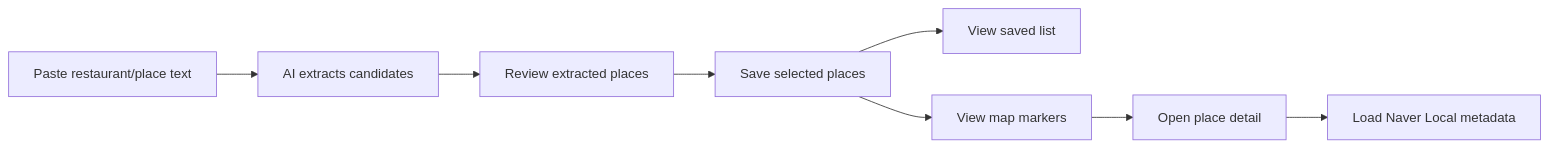
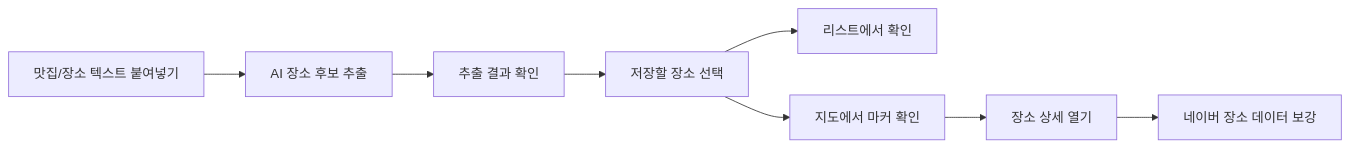
One commit to BapSangE/sple changed the first of 2 diagrams in README.md. Above: the diagram before and after it, drawn with Mermaid. The commit also changed other lines of this file, not shown here.

````diff
--- a/README.md
+++ b/README.md
@@ -64,10 +62,10 @@
 ```mermaid
 flowchart LR
-  A["Paste restaurant/place text"] --> B["AI extracts candidates"]
-  B --> C["Review extracted places"]
-  C --> D["Save selected places"]
-  D --> E["View saved list"]
-  D --> F["View map markers"]
-  F --> G["Open place detail"]
-  G --> H["Load Naver Local metadata"]
+  A["맛집/장소 텍스트 붙여넣기"] --> B["AI 장소 후보 추출"]
+  B --> C["추출 결과 확인"]
+  C --> D["저장할 장소 선택"]
+  D --> E["리스트에서 확인"]
+  D --> F["지도에서 마커 확인"]
+  F --> G["장소 상세 열기"]
+  G --> H["네이버 장소 데이터 보강"]
 ```
````
